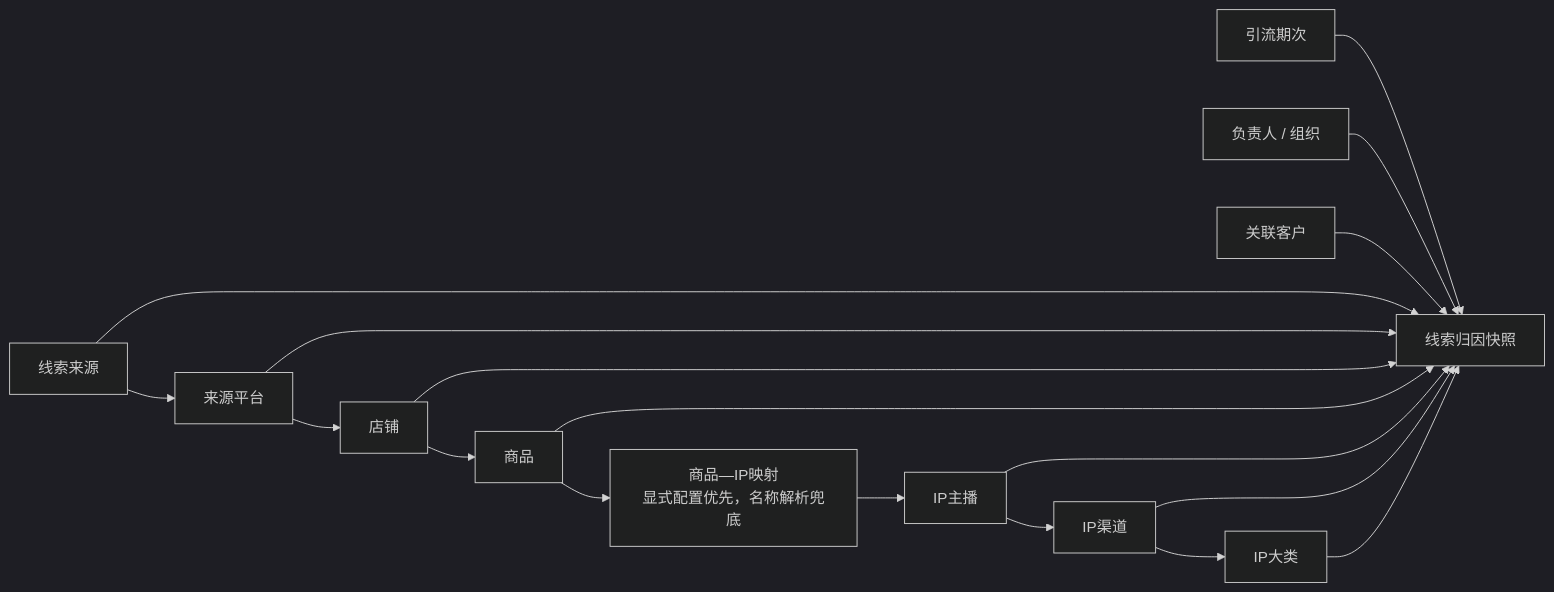
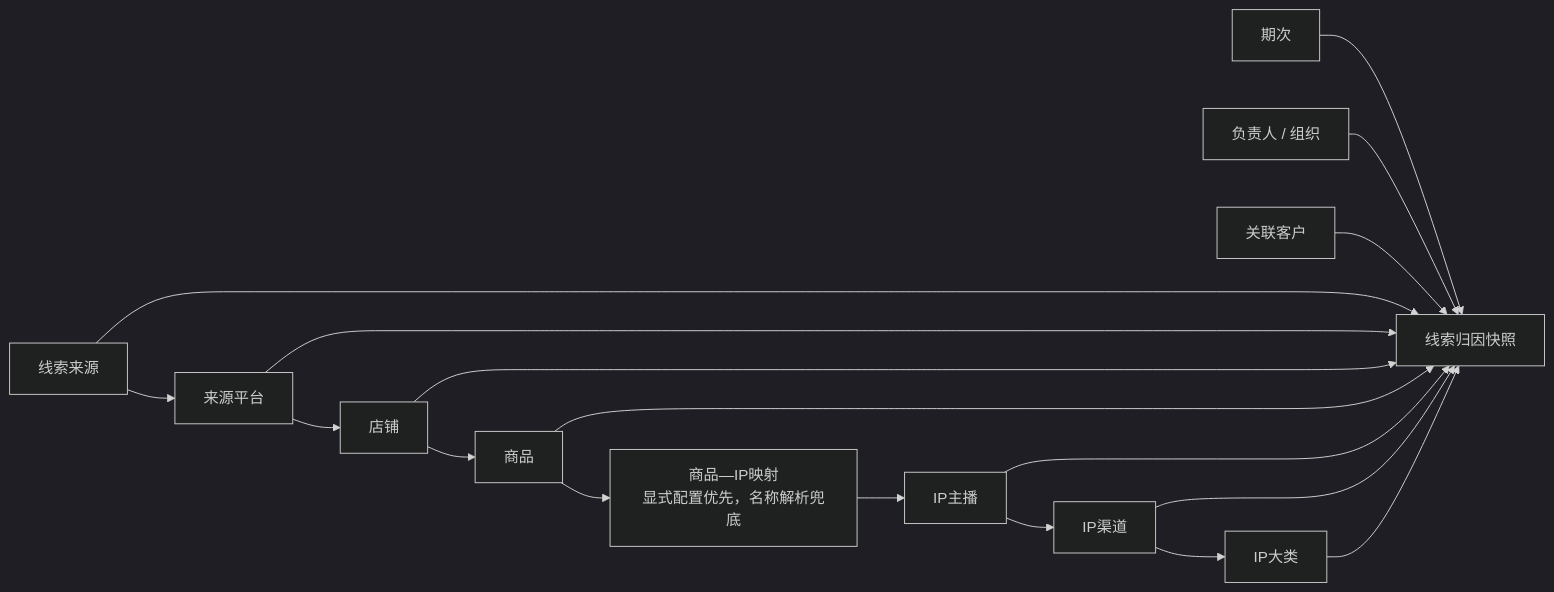
One commit to freya-pr/heshu-boss-demo changed the fifth of 9 diagrams in docs/authoritative/合数BOSS V1.0线索中心需求文档.md. Above: the diagram before and after it, drawn with Mermaid (dark theme). The commit also changed other lines of this file and 25 other files, not shown here.

````diff
--- a/docs/authoritative/合数BOSS V1.0线索中心需求文档.md
+++ b/docs/authoritative/合数BOSS V1.0线索中心需求文档.md
@@ -269,16 +259,16 @@
 ```mermaid
 flowchart LR
     SRC["线索来源"] --> PLATFORM["来源平台"] --> STORE["店铺"] --> PRODUCT["商品"]
     PRODUCT --> MAP["商品—IP映射<br/>显式配置优先，名称解析兜底"]
     MAP --> IP["IP主播"] --> CHANNEL["IP渠道"] --> CATEGORY["IP大类"]
-    CAMP["引流期次"] --> SNAP["线索归因快照"]
+    CAMP["期次"] --> SNAP["线索归因快照"]
     OWNER["负责人 / 组织"] --> SNAP
     CUSTOMER["关联客户"] --> SNAP
     SRC --> SNAP
     PLATFORM --> SNAP
     STORE --> SNAP
     PRODUCT --> SNAP
     IP --> SNAP
     CHANNEL --> SNAP
     CATEGORY --> SNAP
 ```
````
